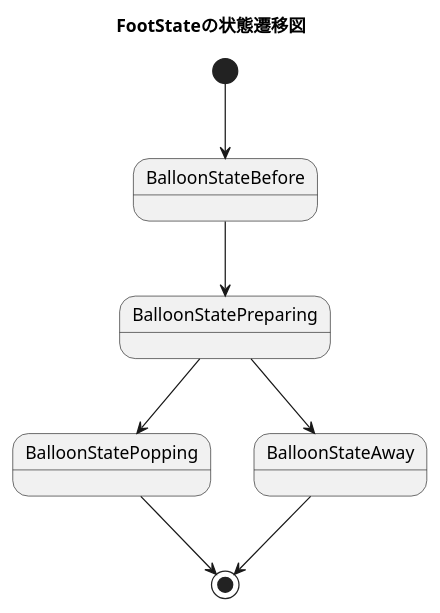
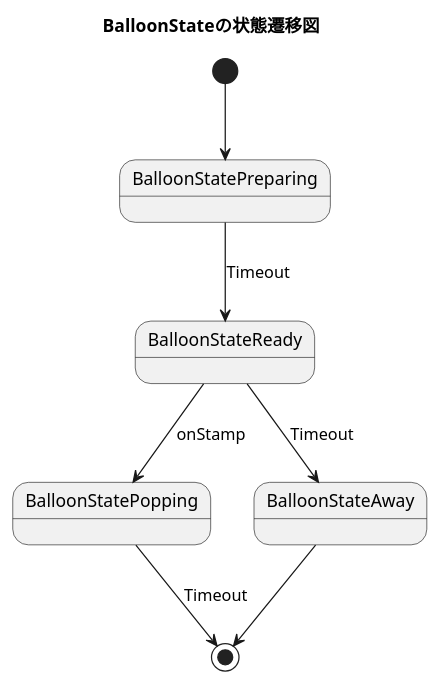
One commit to novogrammer/balloon-popping-game changed the diagram in uml/state-diagram-balloon.puml. Above: the diagram before and after it, drawn with PlantUML.

Commit message:
BalloonStateの状態遷移図にイベントを追記

```diff
--- a/uml/state-diagram-balloon.puml
+++ b/uml/state-diagram-balloon.puml
@@ -1,13 +1,13 @@
-@startuml FootStateの状態遷移図
-title FootStateの状態遷移図
+@startuml BalloonStateの状態遷移図
+title BalloonStateの状態遷移図
 
 
-[*] --> BalloonStateBefore
-BalloonStateBefore --> BalloonStatePreparing
-BalloonStatePreparing --> BalloonStatePopping
-BalloonStatePopping --> [*]
-BalloonStatePreparing --> BalloonStateAway
+[*] --> BalloonStatePreparing
+BalloonStatePreparing --> BalloonStateReady : Timeout
+BalloonStateReady --> BalloonStatePopping : onStamp
+BalloonStatePopping --> [*] : Timeout
+BalloonStateReady --> BalloonStateAway : Timeout
 BalloonStateAway --> [*]
 
 
 @enduml
```
